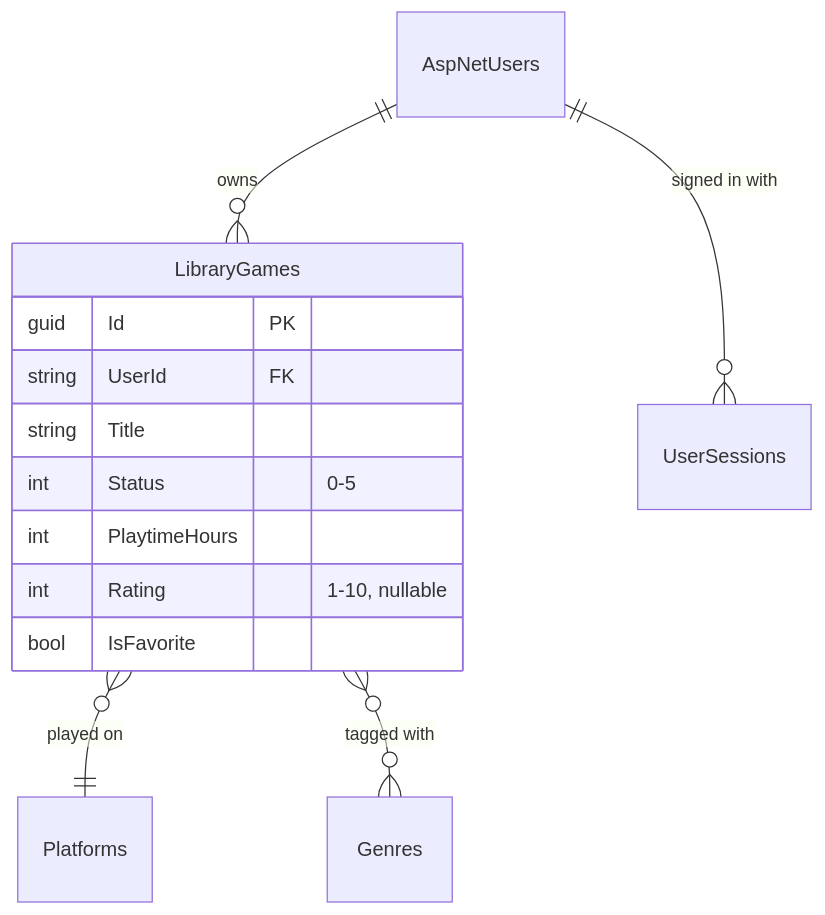
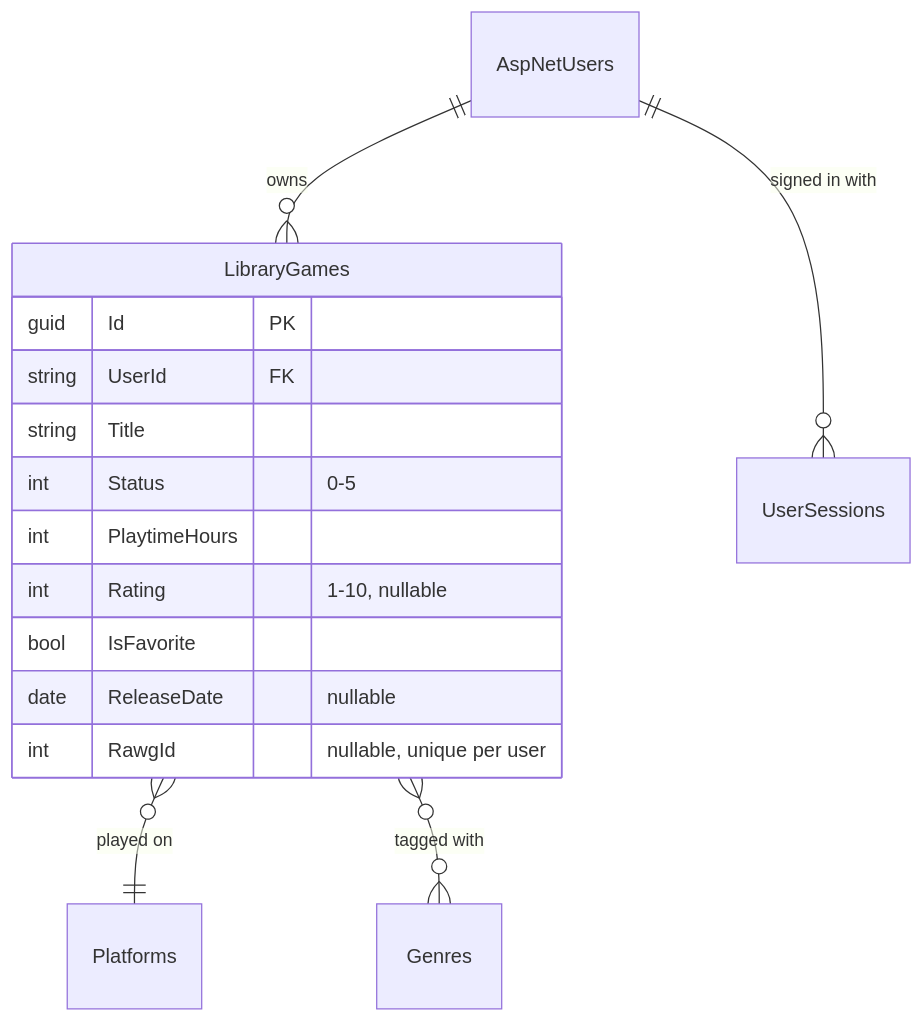
Before and after one commit to MertDas24/GameVault: the second of 2 diagrams in README.md, drawn with Mermaid. The commit also changed other lines of this file and 36 other files, not shown here.

````diff
--- a/README.md
+++ b/README.md
@@ -130,17 +137,19 @@
 ```mermaid
 erDiagram
     AspNetUsers ||--o{ LibraryGames : owns
     AspNetUsers ||--o{ UserSessions : "signed in with"
     LibraryGames }o--|| Platforms : "played on"
     LibraryGames }o--o{ Genres : "tagged with"
 
     LibraryGames {
         guid Id PK
         string UserId FK
         string Title
         int Status "0-5"
         int PlaytimeHours
         int Rating "1-10, nullable"
         bool IsFavorite
+        date ReleaseDate "nullable"
+        int RawgId "nullable, unique per user"
     }
 ```
````
